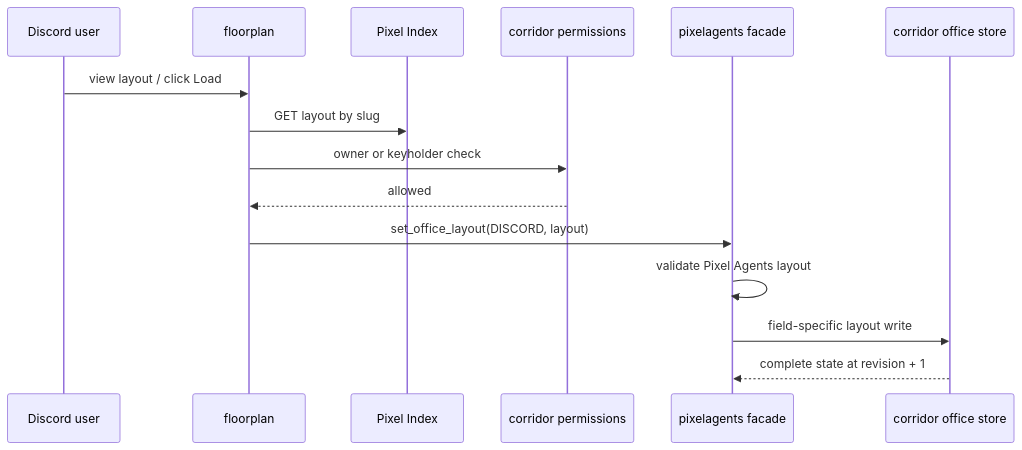
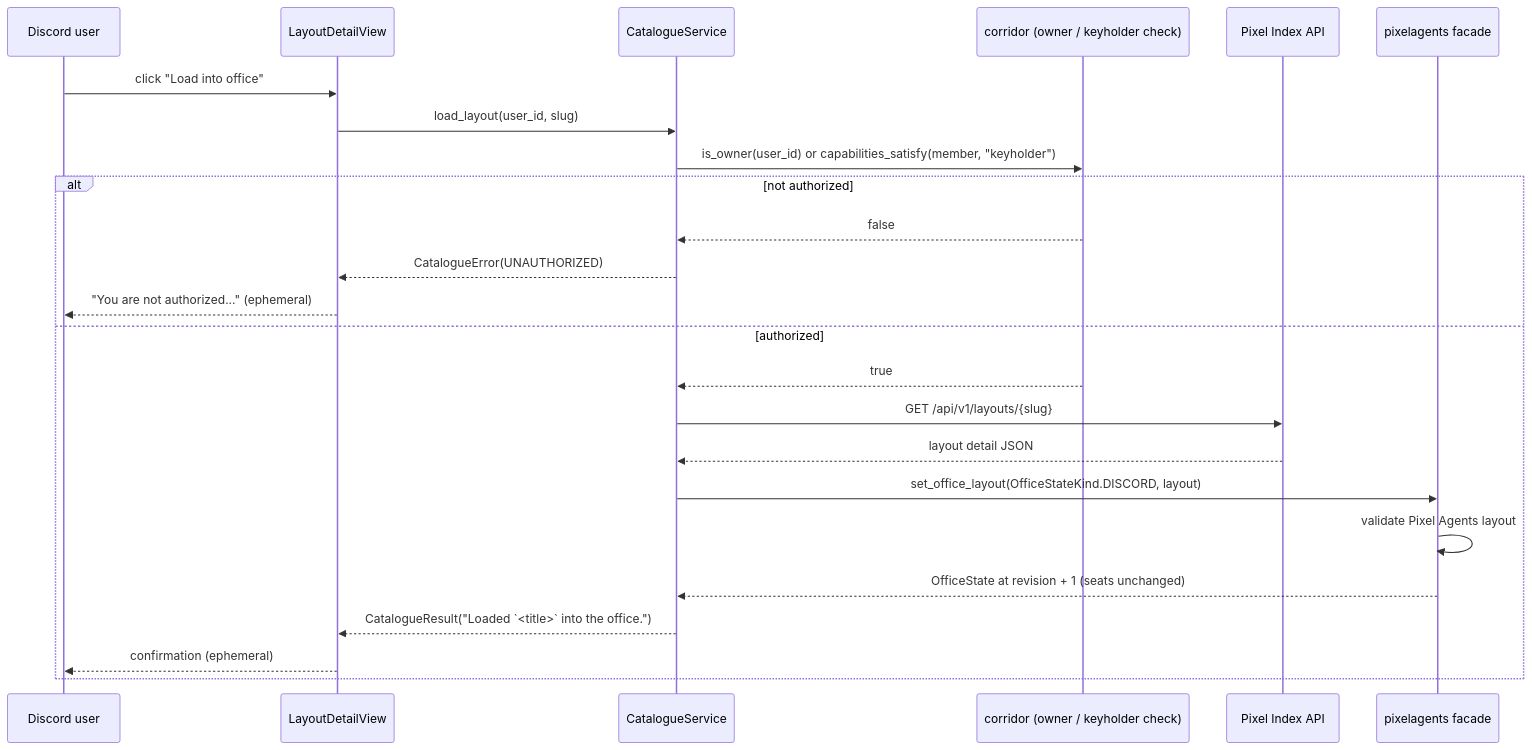
One commit to pixel-agents-hq/pixel-agents-cogs changed the third of 3 diagrams in floorplan/Architecture.md. Above: the diagram before and after it, drawn with Mermaid. The commit also changed other lines of this file and 2 other files, not shown here.

First line of the commit message:
docs(floorplan): rewrite as current-state technical references

````diff
--- a/floorplan/Architecture.md
+++ b/floorplan/Architecture.md
@@ -23,18 +115,27 @@
 ```mermaid
 sequenceDiagram
     participant U as Discord user
-    participant F as floorplan
-    participant I as Pixel Index
-    participant C as corridor permissions
+    participant V as LayoutDetailView
+    participant Svc as CatalogueService
+    participant C as corridor (owner / keyholder check)
+    participant I as Pixel Index API
     participant P as pixelagents facade
-    participant S as corridor office store
 
-    U->>F: view layout / click Load
-    F->>I: GET layout by slug
-    F->>C: owner or keyholder check
-    C-->>F: allowed
-    F->>P: set_office_layout(DISCORD, layout)
-    P->>P: validate Pixel Agents layout
-    P->>S: field-specific layout write
-    S-->>P: complete state at revision + 1
+    U->>V: click "Load into office"
+    V->>Svc: load_layout(user_id, slug)
+    Svc->>C: is_owner(user_id) or capabilities_satisfy(member, "keyholder")
+    alt not authorized
+        C-->>Svc: false
+        Svc-->>V: CatalogueError(UNAUTHORIZED)
+        V-->>U: "You are not authorized..." (ephemeral)
+    else authorized
+        C-->>Svc: true
+        Svc->>I: GET /api/v1/layouts/{slug}
+        I-->>Svc: layout detail JSON
+        Svc->>P: set_office_layout(OfficeStateKind.DISCORD, layout)
+        P->>P: validate Pixel Agents layout
+        P-->>Svc: OfficeState at revision + 1 (seats unchanged)
+        Svc-->>V: CatalogueResult("Loaded `<title>` into the office.")
+        V-->>U: confirmation (ephemeral)
+    end
 ```
````
